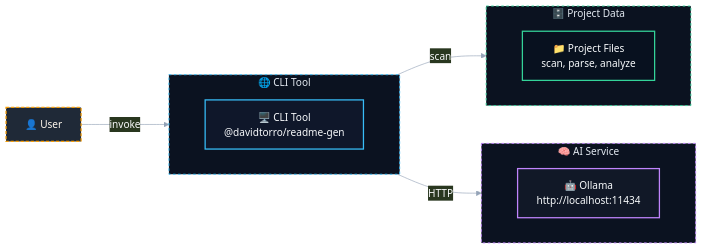
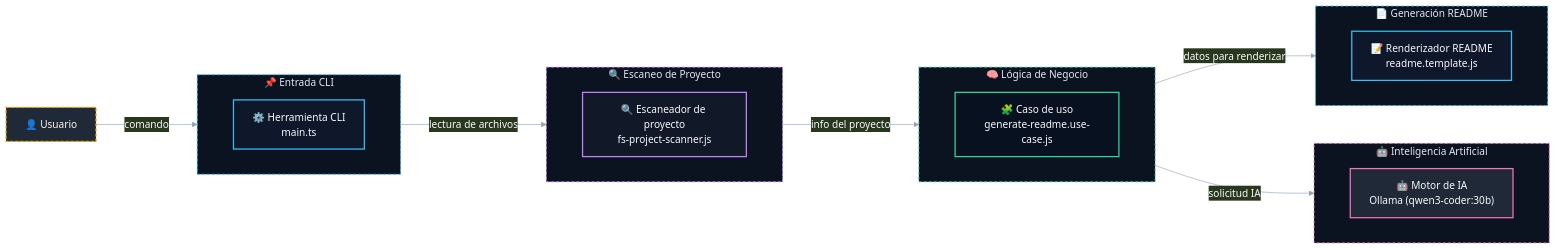
The diagram in README.md (DavidTorro/README-GENERATOR), drawn with Mermaid before and after one commit. The commit also changed other lines of this file and 12 other files, not shown here.

````diff
--- a/README.md
+++ b/README.md
@@ -29,43 +29,59 @@
 ```mermaid
 %%{init: {
     "theme": "base",
     "flowchart": { "curve": "basis", "nodeSpacing": 60, "rankSpacing": 90 },
     "themeVariables": {
         "primaryColor": "#1f2937",
         "primaryTextColor": "#f9fafb",
         "primaryBorderColor": "#60a5fa",
         "lineColor": "#94a3b8",
         "tertiaryColor": "#0f172a"
     }
 }}%%
 
 flowchart LR
-    subgraph SG0["🌐 CLI Tool"]
+    subgraph SG0["📌 Entrada CLI"]
         direction LR
-        cli["🖥️ CLI Tool<br/>@davidtorro/readme-gen"]
+        cli["⚙️ Herramienta CLI<br/>main.ts"]
     end
-    subgraph SG1["🧠 AI Service"]
+    subgraph SG1["🔍 Escaneo de Proyecto"]
         direction LR
-        ai["🤖 Ollama<br/>http://localhost:11434"]
+        scanner["🔍 Escaneador de proyecto<br/>fs-project-scanner.js"]
     end
-    subgraph SG2["🗄️ Project Data"]
+    subgraph SG2["🧠 Lógica de Negocio"]
         direction LR
-        project["📁 Project Files<br/>scan, parse, analyze"]
+        usecase["🧩 Caso de uso<br/>generate-readme.use-case.js"]
     end
-    user["👤 User"]
-    user -- "invoke" --> cli
-    cli -- "scan" --> project
-    cli -- "HTTP" --> ai
+    subgraph SG3["🤖 Inteligencia Artificial"]
+        direction LR
+        ai["🤖 Motor de IA<br/>Ollama (qwen3-coder:30b)"]
+    end
+    subgraph SG4["📄 Generación README"]
+        direction LR
+        renderer["📝 Renderizador README<br/>readme.template.js"]
+    end
+    user["👤 Usuario"]
+    user -- "comando" --> cli
+    cli -- "lectura de archivos" --> scanner
+    scanner -- "info del proyecto" --> usecase
+    usecase -- "solicitud IA" --> ai
+    usecase -- "datos para renderizar" --> renderer
 
     classDef g0 fill:#0f172a,stroke:#38bdf8,color:#f8fafc,stroke-width:2px;
     class cli g0;
     classDef g1 fill:#111827,stroke:#c084fc,color:#f8fafc,stroke-width:2px;
-    class ai g1;
+    class scanner g1;
     classDef g2 fill:#08111f,stroke:#34d399,color:#f8fafc,stroke-width:2px;
-    class project g2;
+    class usecase g2;
+    classDef g3 fill:#1f2937,stroke:#f472b6,color:#f8fafc,stroke-width:2px;
+    class ai g3;
+    classDef g4 fill:#0f172a,stroke:#38bdf8,color:#f8fafc,stroke-width:2px;
+    class renderer g4;
     classDef actor fill:#1f2937,stroke:#f59e0b,color:#fff7ed,stroke-width:2px,stroke-dasharray: 5 3;
     class user actor;
     style SG0 fill:#0b1220,stroke:#38bdf8,stroke-width:1.5px,stroke-dasharray: 4 4,color:#e2e8f0
     style SG1 fill:#0b1220,stroke:#c084fc,stroke-width:1.5px,stroke-dasharray: 4 4,color:#e2e8f0
     style SG2 fill:#0b1220,stroke:#34d399,stroke-width:1.5px,stroke-dasharray: 4 4,color:#e2e8f0
+    style SG3 fill:#0b1220,stroke:#f472b6,stroke-width:1.5px,stroke-dasharray: 4 4,color:#e2e8f0
+    style SG4 fill:#0b1220,stroke:#38bdf8,stroke-width:1.5px,stroke-dasharray: 4 4,color:#e2e8f0
 ```
````
